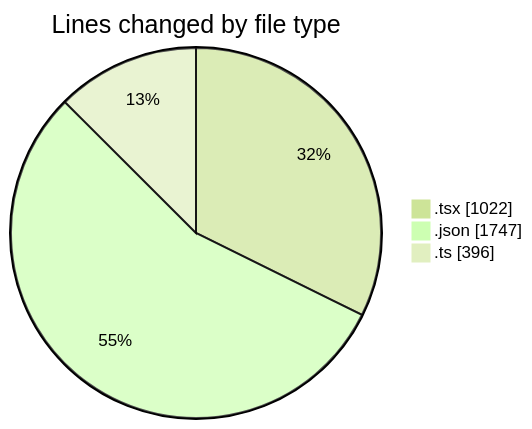
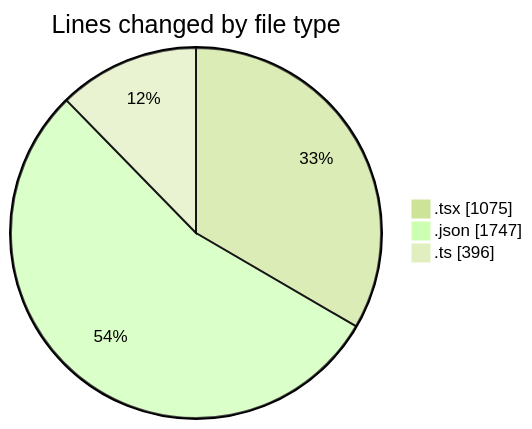
The first of 2 diagrams in 2025-10-30/eventscop-frontend-guide__workspace_/README.md (julien-gomy/code-tracking), drawn with Mermaid (forest theme) before and after one commit. The commit also changed other lines of this file and 1 other file, not shown here.

````diff
--- a/2025-10-30/eventscop-frontend-guide__workspace_/README.md
+++ b/2025-10-30/eventscop-frontend-guide__workspace_/README.md
@@ -30,7 +30,7 @@
 ```mermaid
 pie showData
 title Lines changed by file type
-".tsx" : 1022
+".tsx" : 1075
 ".json" : 1747
 ".ts" : 396
 ```
````
